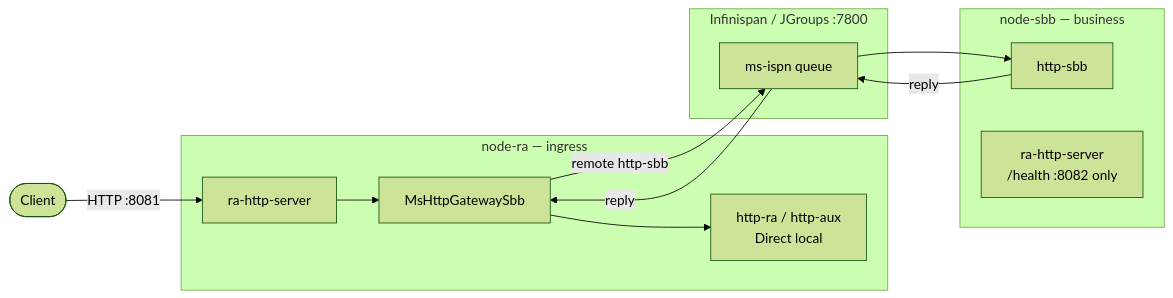
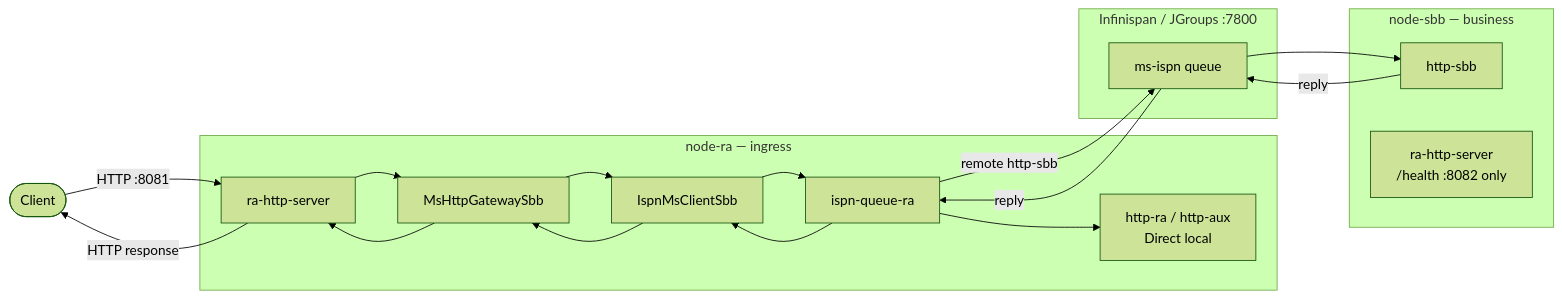
One commit to nhanth87/jain-slee changed the diagram in example/example-quarkus-ms/docs/ms-demo-topology.mmd. Above: the diagram before and after it, drawn with Mermaid (forest theme). The commit also changed 15 other files, not shown here.

First line of the commit message:
feat(ms): route MS outbound through ispn-queue-ra and child SBB

```diff
--- a/example/example-quarkus-ms/docs/ms-demo-topology.mmd
+++ b/example/example-quarkus-ms/docs/ms-demo-topology.mmd
@@ -1,24 +1,32 @@
 flowchart LR
     Client(["Client"]) -->|HTTP :8081| RA
 
     subgraph nodeRA["node-ra — ingress"]
         RA["ra-http-server"]
         GW["MsHttpGatewaySbb"]
+        Child["IspnMsClientSbb"]
+        IspnRa["ispn-queue-ra"]
         Local["http-ra / http-aux<br/>Direct local"]
         RA --> GW
-        GW --> Local
+        GW --> Child
+        Child --> IspnRa
+        IspnRa --> Local
     end
 
     subgraph fabric["Infinispan / JGroups :7800"]
         Q["ms-ispn queue"]
     end
 
     subgraph nodeSBB["node-sbb — business"]
         HttpSbb["http-sbb"]
         Health["ra-http-server<br/>/health :8082 only"]
     end
 
-    GW -->|"remote http-sbb"| Q
+    IspnRa -->|"remote http-sbb"| Q
     Q --> HttpSbb
     HttpSbb -->|reply| Q
-    Q -->|reply| GW
+    Q -->|reply| IspnRa
+    IspnRa --> Child
+    Child --> GW
+    GW --> RA
+    RA -->|HTTP response| Client
```
